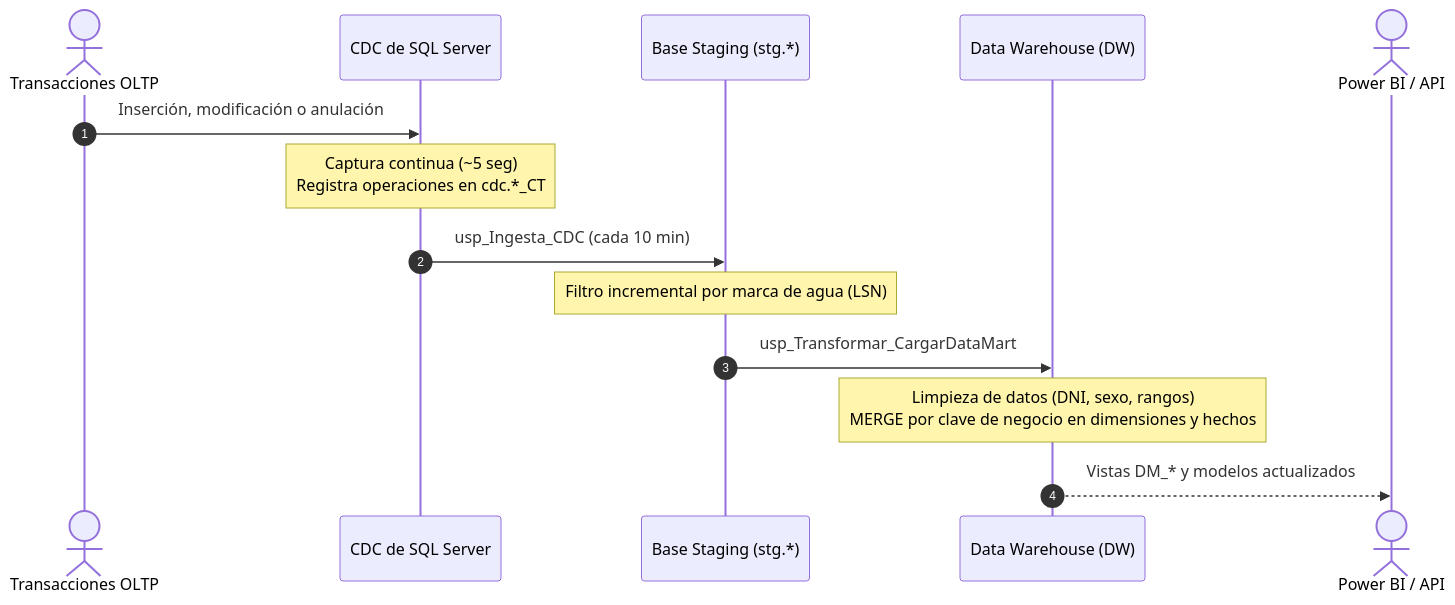
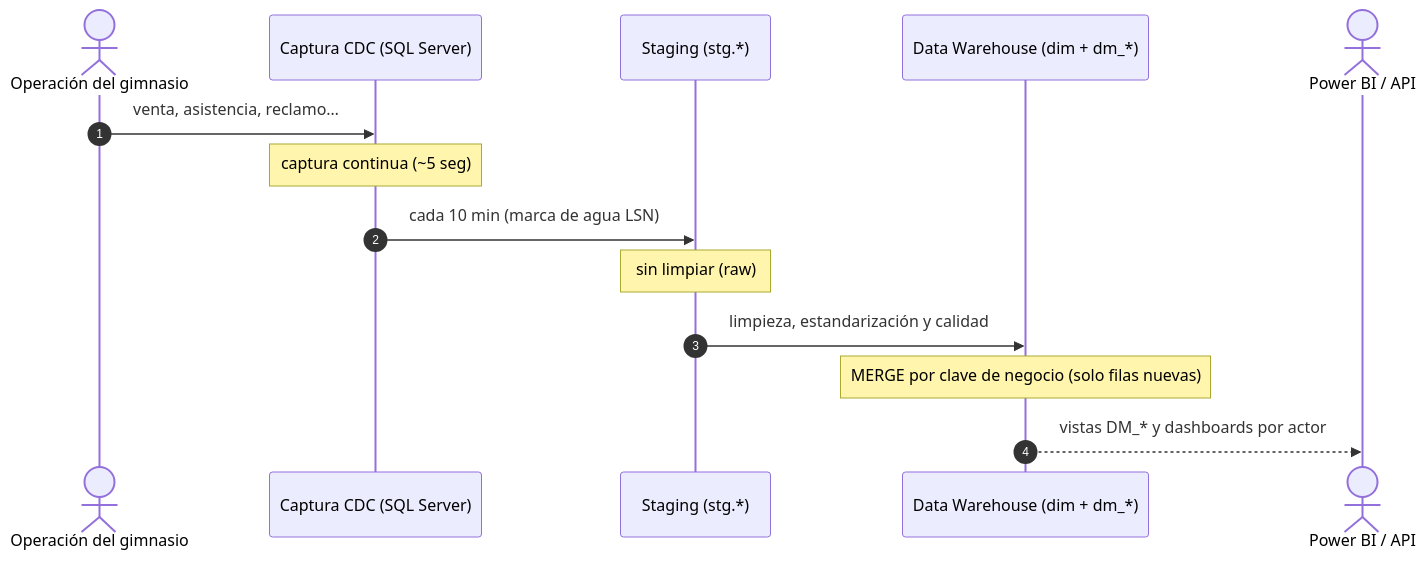
Diagram 13 of 13 in README.md (leroy-s2/vip-center-fit-bi), drawn with Mermaid before and after one commit. The commit also changed other lines of this file and 26 other files, not shown here.

````diff
--- a/README.md
+++ b/README.md
@@ -497,17 +737,17 @@
 ```mermaid
 sequenceDiagram
   autonumber
-  actor Origen as Transacciones OLTP
-  participant CDC as CDC de SQL Server
-  participant STG as Base Staging (stg.*)
-  participant DW as Data Warehouse (DW)
-  actor Analytics as Power BI / API
+  actor Operacion as Operación del gimnasio
+  participant CDC as Captura CDC (SQL Server)
+  participant STG as Staging (stg.*)
+  participant DW as Data Warehouse (dim + dm_*)
+  actor Consumo as Power BI / API
 
-  Origen->>CDC: Inserción, modificación o anulación
-  Note over CDC: Captura continua (~5 seg)<br>Registra operaciones en cdc.*_CT
-  CDC->>STG: usp_Ingesta_CDC (cada 10 min)
-  Note over STG: Filtro incremental por marca de agua (LSN)
-  STG->>DW: usp_Transformar_CargarDataMart
-  Note over DW: Limpieza de datos (DNI, sexo, rangos)<br>MERGE por clave de negocio en dimensiones y hechos
-  DW-->>Analytics: Vistas DM_* y modelos actualizados
+  Operacion->>CDC: venta, asistencia, reclamo…
+  Note over CDC: captura continua (~5 seg)
+  CDC->>STG: cada 10 min (marca de agua LSN)
+  Note over STG: sin limpiar (raw)
+  STG->>DW: limpieza, estandarización y calidad
+  Note over DW: MERGE por clave de negocio (solo filas nuevas)
+  DW-->>Consumo: vistas DM_* y dashboards por actor
 ```
````
